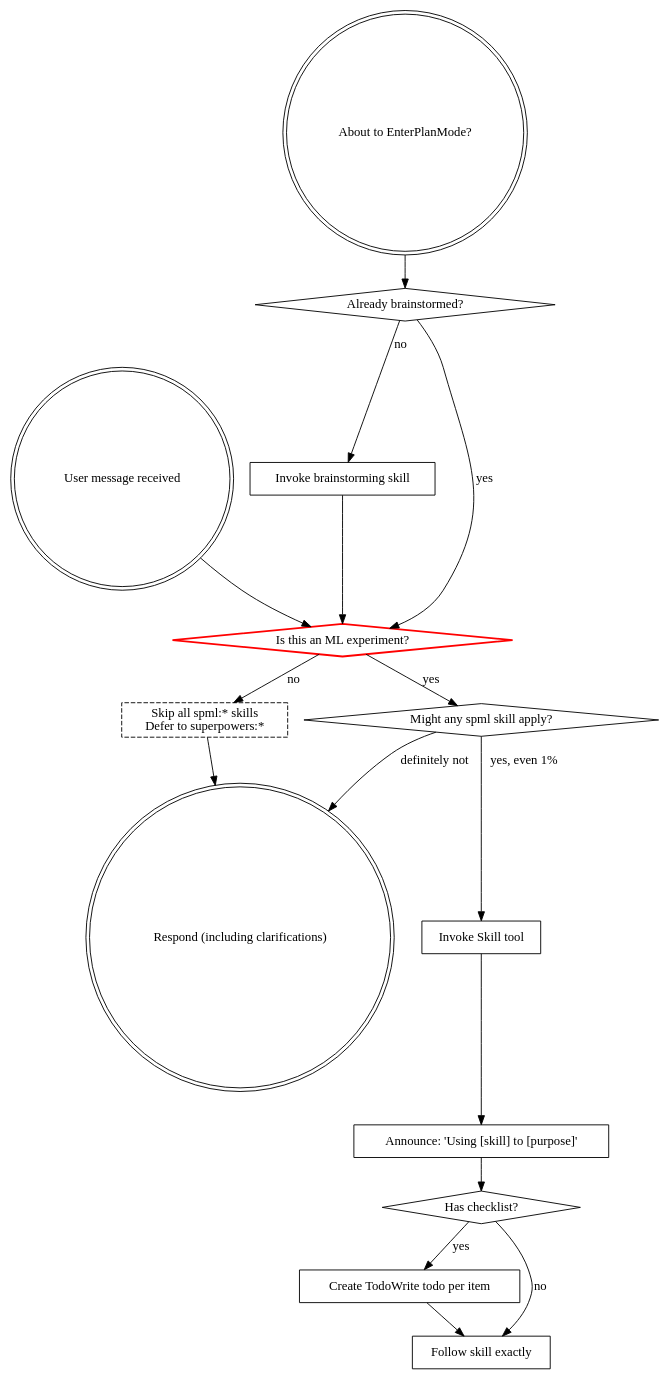
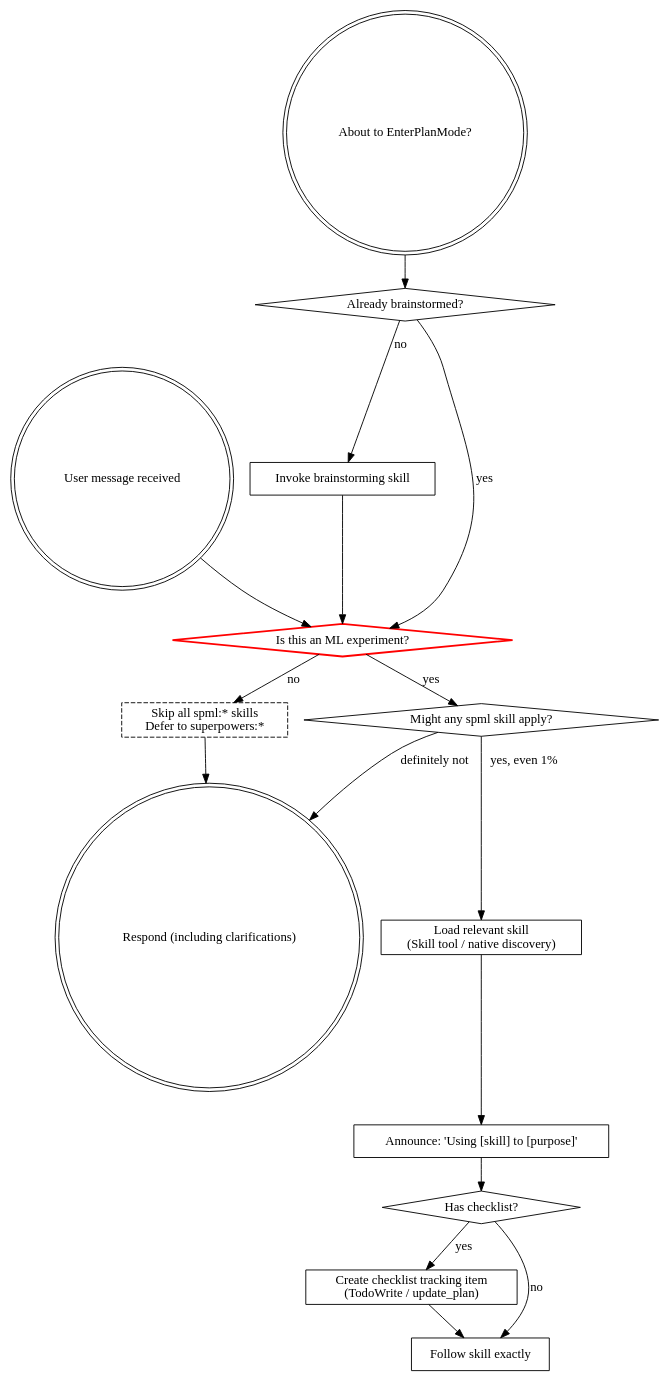
The diagram in skills/using-superpowers-ml/SKILL.md (qqhard/superpowers-ML), drawn with Graphviz before and after one commit. The commit also changed other lines of this file and 10 other files, not shown here.

````diff
--- a/skills/using-superpowers-ml/SKILL.md
+++ b/skills/using-superpowers-ml/SKILL.md
@@ -48,34 +57,34 @@
 ```dot
 digraph skill_flow {
     "User message received" [shape=doublecircle];
     "About to EnterPlanMode?" [shape=doublecircle];
     "Already brainstormed?" [shape=diamond];
     "Invoke brainstorming skill" [shape=box];
     "Is this an ML experiment?" [shape=diamond, style=bold, color=red];
     "Skip all spml:* skills\nDefer to superpowers:*" [shape=box, style=dashed];
     "Might any spml skill apply?" [shape=diamond];
-    "Invoke Skill tool" [shape=box];
+    "Load relevant skill\n(Skill tool / native discovery)" [shape=box];
     "Announce: 'Using [skill] to [purpose]'" [shape=box];
     "Has checklist?" [shape=diamond];
-    "Create TodoWrite todo per item" [shape=box];
+    "Create checklist tracking item\n(TodoWrite / update_plan)" [shape=box];
     "Follow skill exactly" [shape=box];
     "Respond (including clarifications)" [shape=doublecircle];
 
     "About to EnterPlanMode?" -> "Already brainstormed?";
     "Already brainstormed?" -> "Invoke brainstorming skill" [label="no"];
     "Already brainstormed?" -> "Is this an ML experiment?" [label="yes"];
     "Invoke brainstorming skill" -> "Is this an ML experiment?";
 
     "User message received" -> "Is this an ML experiment?";
     "Is this an ML experiment?" -> "Skip all spml:* skills\nDefer to superpowers:*" [label="no"];
     "Skip all spml:* skills\nDefer to superpowers:*" -> "Respond (including clarifications)";
     "Is this an ML experiment?" -> "Might any spml skill apply?" [label="yes"];
-    "Might any spml skill apply?" -> "Invoke Skill tool" [label="yes, even 1%"];
+    "Might any spml skill apply?" -> "Load relevant skill\n(Skill tool / native discovery)" [label="yes, even 1%"];
     "Might any spml skill apply?" -> "Respond (including clarifications)" [label="definitely not"];
-    "Invoke Skill tool" -> "Announce: 'Using [skill] to [purpose]'";
+    "Load relevant skill\n(Skill tool / native discovery)" -> "Announce: 'Using [skill] to [purpose]'";
     "Announce: 'Using [skill] to [purpose]'" -> "Has checklist?";
-    "Has checklist?" -> "Create TodoWrite todo per item" [label="yes"];
+    "Has checklist?" -> "Create checklist tracking item\n(TodoWrite / update_plan)" [label="yes"];
     "Has checklist?" -> "Follow skill exactly" [label="no"];
-    "Create TodoWrite todo per item" -> "Follow skill exactly";
+    "Create checklist tracking item\n(TodoWrite / update_plan)" -> "Follow skill exactly";
 }
 ```
````
